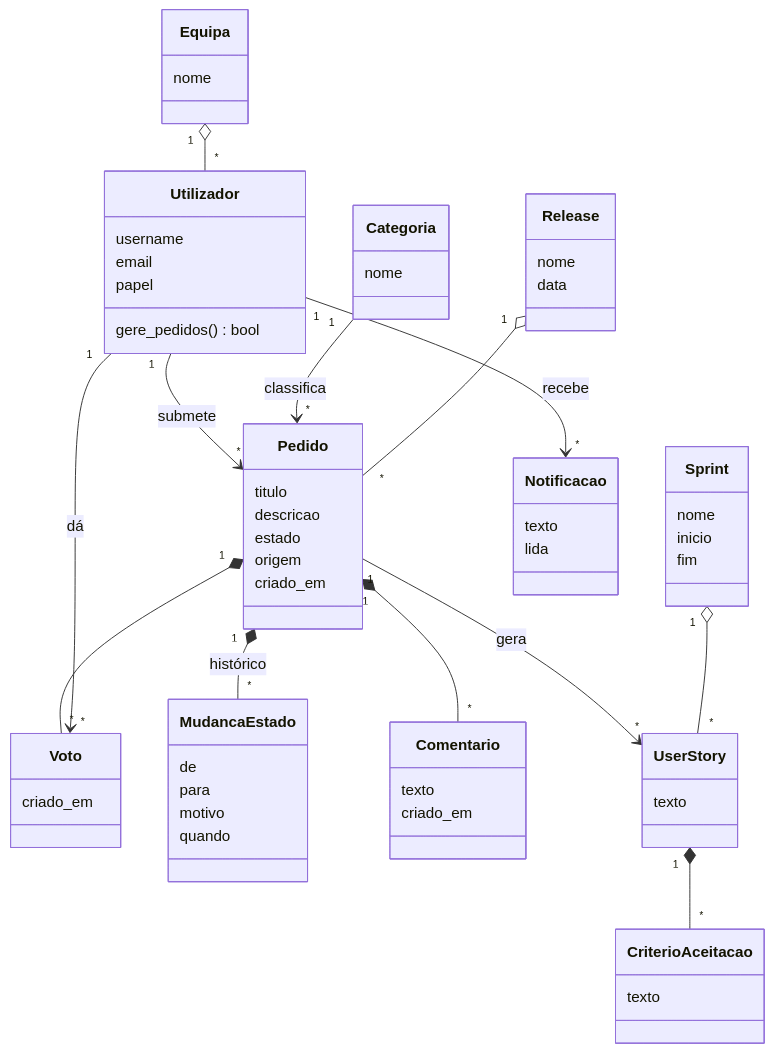
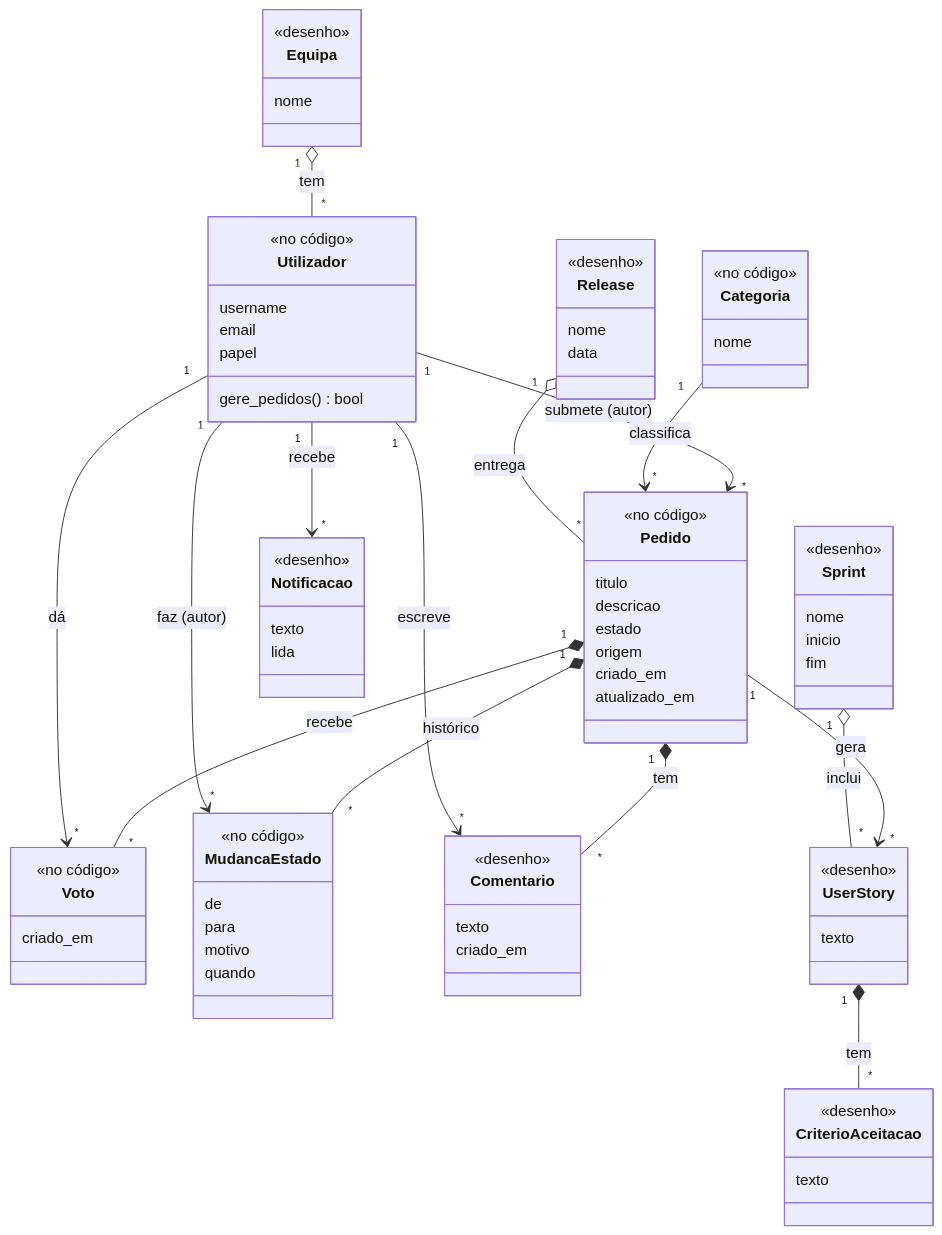
The first of 6 diagrams in wiki/05-modelacao/classes.md (TiagoPereira001/Engenharia-de-Software), drawn with Mermaid before and after one commit. The commit also changed other lines of this file and 15 other files, not shown here.

````diff
--- a/wiki/05-modelacao/classes.md
+++ b/wiki/05-modelacao/classes.md
@@ -9,66 +11,81 @@
 ```mermaid
 classDiagram
     class Utilizador {
+        <<no código>>
         username
         email
         papel
         gere_pedidos() bool
     }
+    class Categoria {
+        <<no código>>
+        nome
+    }
     class Pedido {
+        <<no código>>
         titulo
         descricao
         estado
         origem
         criado_em
-    }
-    class Categoria {
-        nome
+        atualizado_em
     }
     class Voto {
+        <<no código>>
         criado_em
     }
     class MudancaEstado {
+        <<no código>>
         de
         para
         motivo
         quando
     }
     class Comentario {
+        <<desenho>>
         texto
         criado_em
     }
     class UserStory {
+        <<desenho>>
         texto
     }
     class CriterioAceitacao {
+        <<desenho>>
         texto
     }
     class Equipa {
+        <<desenho>>
         nome
     }
     class Sprint {
+        <<desenho>>
         nome
         inicio
         fim
     }
     class Release {
+        <<desenho>>
         nome
         data
     }
     class Notificacao {
+        <<desenho>>
         texto
         lida
     }
-    Utilizador "1" --> "*" Pedido : submete
+    Utilizador "1" --> "*" Pedido : submete (autor)
     Categoria "1" --> "*" Pedido : classifica
-    Pedido "1" *-- "*" Voto
+    Pedido "1" *-- "*" Voto : recebe
     Utilizador "1" --> "*" Voto : dá
     Pedido "1" *-- "*" MudancaEstado : histórico
-    Pedido "1" *-- "*" Comentario
+    Utilizador "1" --> "*" MudancaEstado : faz (autor)
+    Pedido "1" *-- "*" Comentario : tem
+    Utilizador "1" --> "*" Comentario : escreve
     Pedido "1" --> "*" UserStory : gera
-    UserStory "1" *-- "*" CriterioAceitacao
-    Sprint "1" o-- "*" UserStory
-    Release "1" o-- "*" Pedido
-    Equipa "1" o-- "*" Utilizador
+    UserStory "1" *-- "*" CriterioAceitacao : tem
+    Sprint "1" o-- "*" UserStory : inclui
+    Release "1" o-- "*" Pedido : entrega
+    Equipa "1" o-- "*" Utilizador : tem
     Utilizador "1" --> "*" Notificacao : recebe
 ```
````
